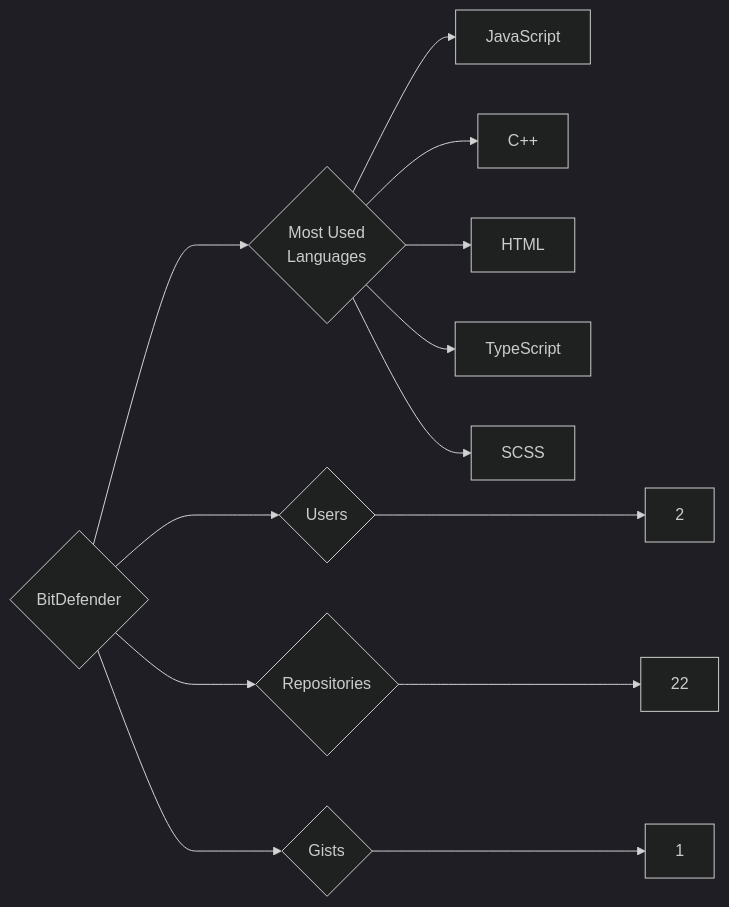
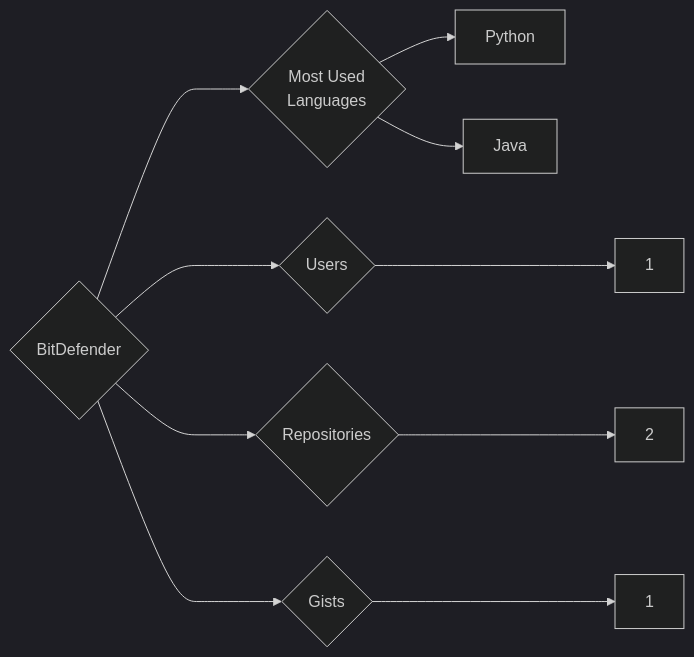
One commit to trickest/insiders changed the diagram in targets/BitDefender/README.md. Above: the diagram before and after it, drawn with Mermaid (dark theme). The commit also changed 988 other files, not shown here.

````diff
--- a/targets/BitDefender/README.md
+++ b/targets/BitDefender/README.md
@@ -3,13 +3,10 @@
 ```mermaid
 graph LR
 COMPANY_NAME{BitDefender}
-COMPANY_NAME ---> U{Users} ---> UN[2]
-COMPANY_NAME ---> R{Repositories} ---> RN[22]
+COMPANY_NAME ---> U{Users} ---> UN[1]
+COMPANY_NAME ---> R{Repositories} ---> RN[2]
 COMPANY_NAME ---> G{Gists} ---> GN[1]
 COMPANY_NAME ---> ML{Most Used<br>Languages}
-ML --> JavaScript[JavaScript]
-ML --> C++[C++]
-ML --> HTML[HTML]
-ML --> TypeScript[TypeScript]
-ML --> SCSS[SCSS]
+ML --> Python[Python]
+ML --> Java[Java]
 ```
````
